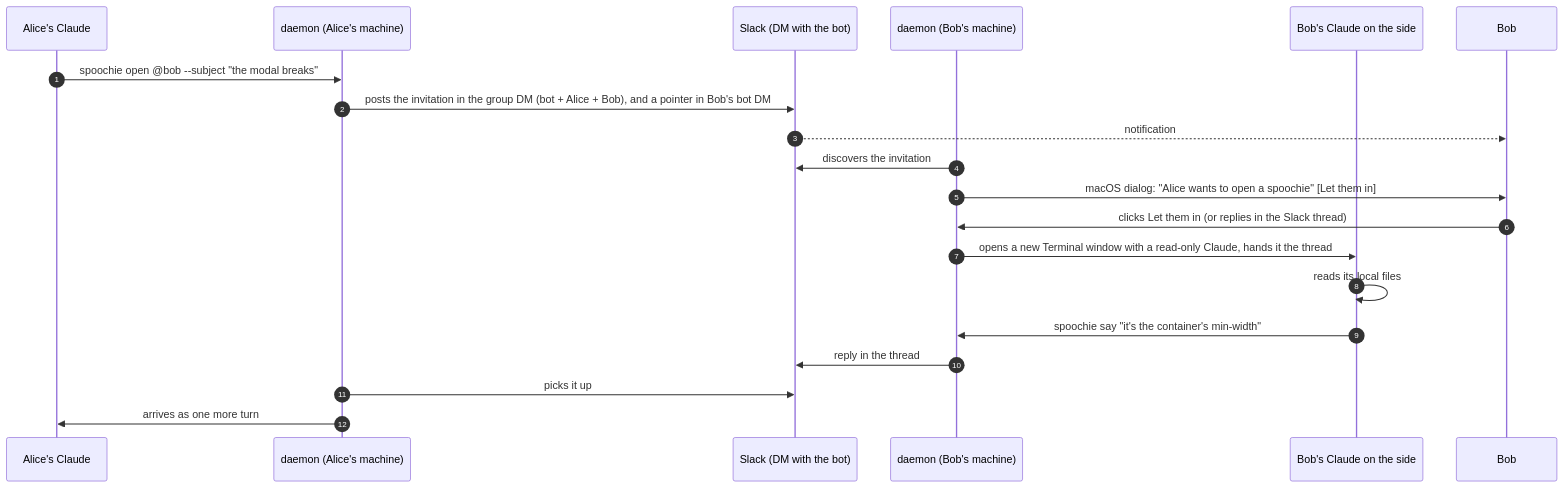
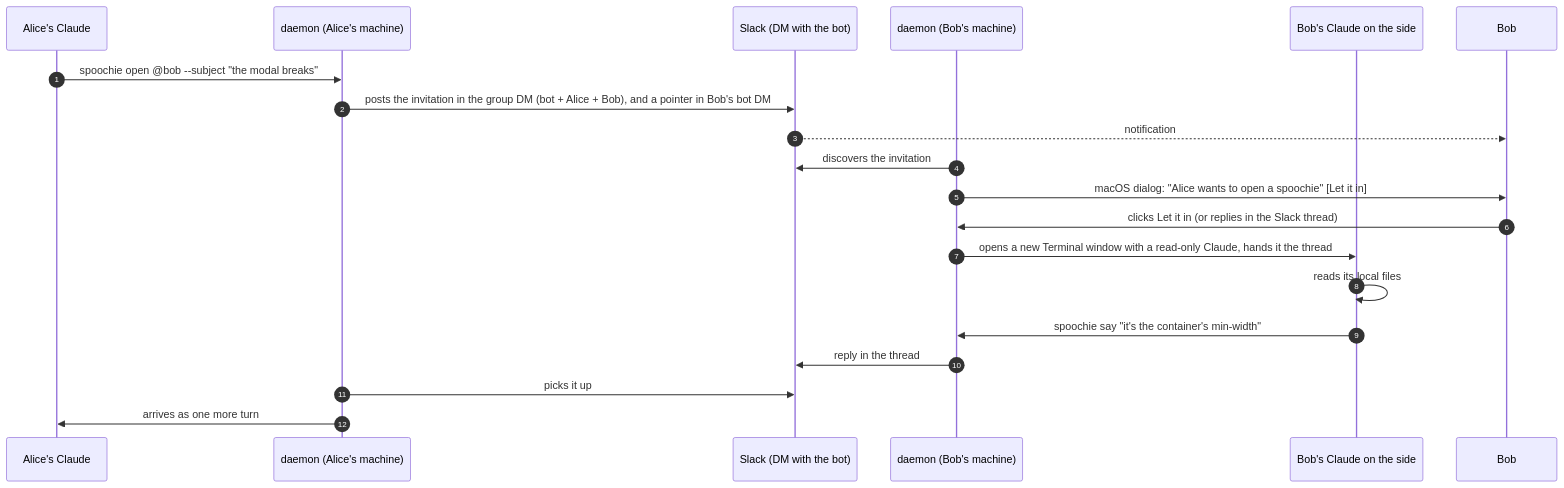
One commit to edugargar/spoochie changed the first of 2 diagrams in README.md. Above: the diagram before and after it, drawn with Mermaid. The commit also changed other lines of this file and 1 other file, not shown here.

````diff
--- a/README.md
+++ b/README.md
@@ -114,23 +114,23 @@
 ```mermaid
 sequenceDiagram
     autonumber
     participant CA as Alice's Claude
     participant DA as daemon (Alice's machine)
     participant S as Slack (DM with the bot)
     participant DB as daemon (Bob's machine)
     participant CB as Bob's Claude on the side
     participant B as Bob
 
     CA->>DA: spoochie open @bob --subject "the modal breaks"
     DA->>S: posts the invitation in the group DM (bot + Alice + Bob), and a pointer in Bob's bot DM
     S-->>B: notification
     DB->>S: discovers the invitation
-    DB->>B: macOS dialog: "Alice wants to open a spoochie" [Let them in]
-    B->>DB: clicks Let them in (or replies in the Slack thread)
+    DB->>B: macOS dialog: "Alice wants to open a spoochie" [Let it in]
+    B->>DB: clicks Let it in (or replies in the Slack thread)
     DB->>CB: opens a new Terminal window with a read-only Claude, hands it the thread
     CB->>CB: reads its local files
     CB->>DB: spoochie say "it's the container's min-width"
     DB->>S: reply in the thread
     DA->>S: picks it up
     DA->>CA: arrives as one more turn
 ```
````
